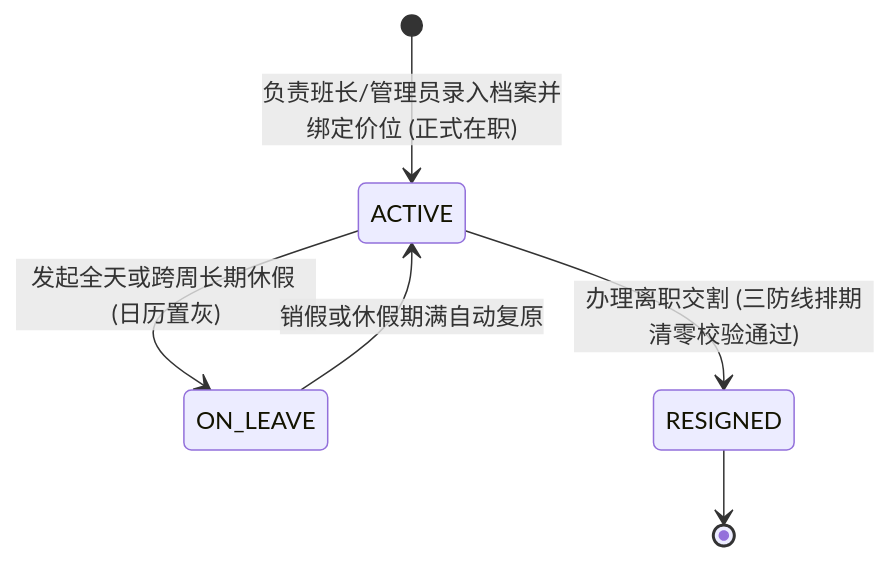
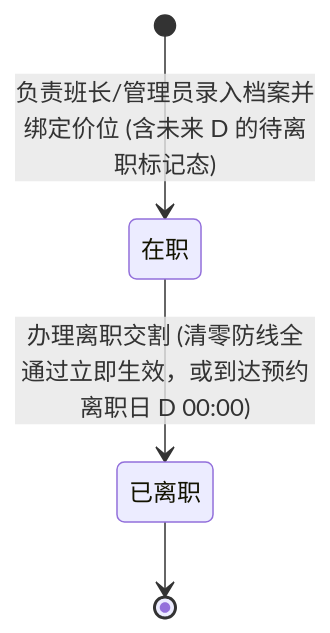
One commit to Onezao/dream changed the seventh of 8 diagrams in docs/prd/m1b_teacher_profile.md. Above: the diagram before and after it, drawn with Mermaid. The commit also changed other lines of this file and 38 other files, not shown here.

````diff
--- a/docs/prd/m1b_teacher_profile.md
+++ b/docs/prd/m1b_teacher_profile.md
@@ -195,8 +224,6 @@
 ```mermaid
 stateDiagram-v2
-    [*] --> ACTIVE: 负责班长/管理员录入档案并绑定价位 (正式在职)
-    ACTIVE --> ON_LEAVE: 发起全天或跨周长期休假 (日历置灰)
-    ON_LEAVE --> ACTIVE: 销假或休假期满自动复原
-    ACTIVE --> RESIGNED: 办理离职交割 (三防线排期清零校验通过)
-    RESIGNED --> [*]
+    [*] --> 在职: 负责班长/管理员录入档案并绑定价位 (含未来 D 的待离职标记态)
+    在职 --> 已离职: 办理离职交割 (清零防线全通过立即生效，或到达预约离职日 D 00:00)
+    已离职 --> [*]
 ```
````
